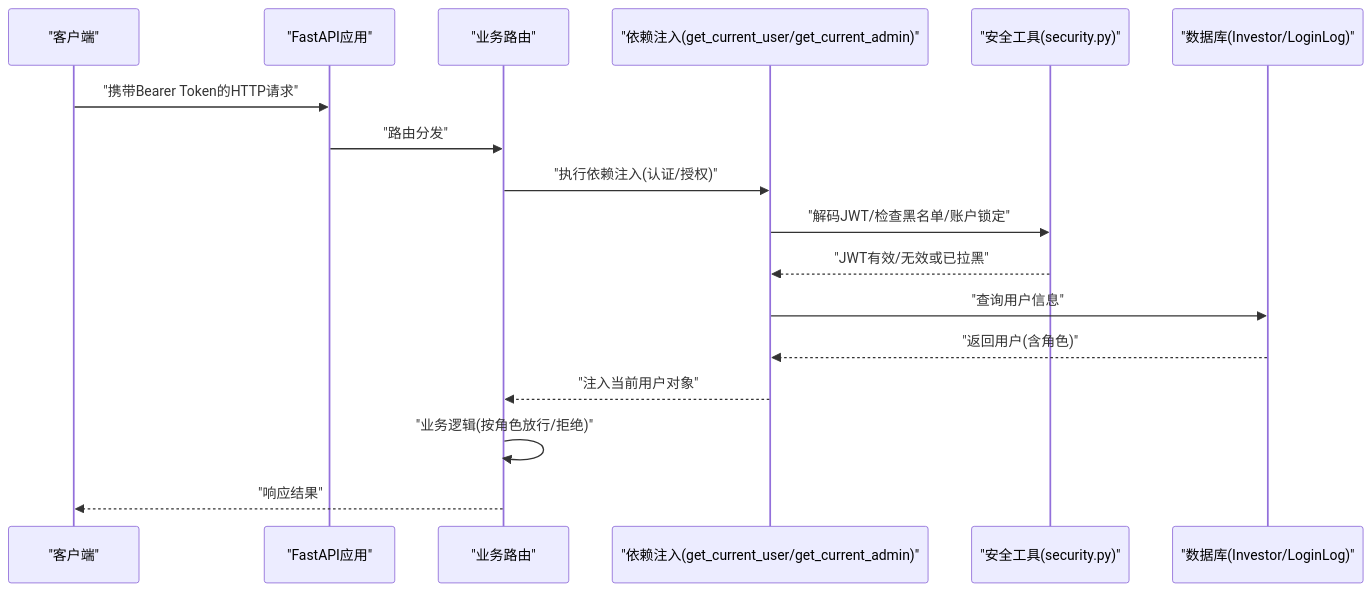
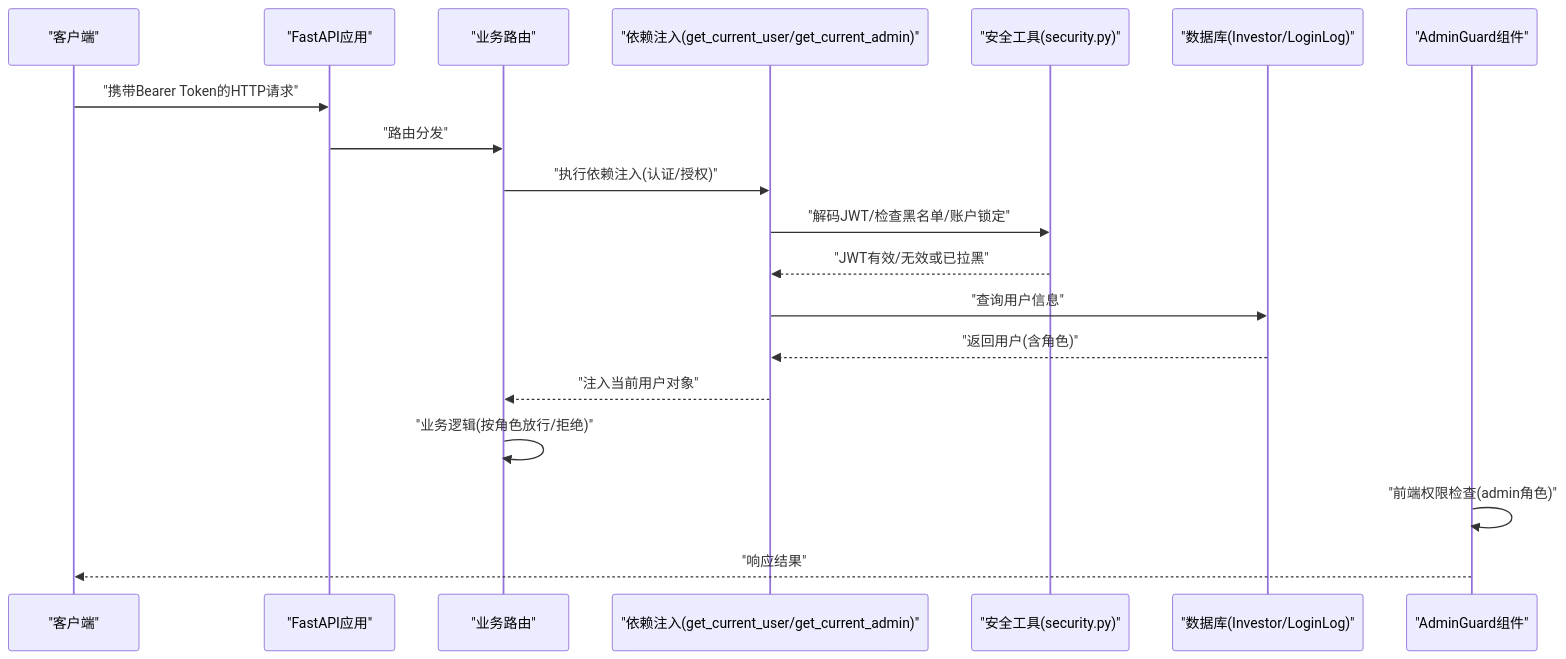
The second of 7 diagrams in .qoder/repowiki/zh/content/认证与安全/权限控制系统.md (gujialind/InvestRing), drawn with Mermaid before and after one commit. The commit also changed other lines of this file and 32 other files, not shown here.

````diff
--- a/.qoder/repowiki/zh/content/认证与安全/权限控制系统.md
+++ b/.qoder/repowiki/zh/content/认证与安全/权限控制系统.md
@@ -117,19 +149,21 @@
 ```mermaid
 sequenceDiagram
 participant C as "客户端"
 participant A as "FastAPI应用"
 participant R as "业务路由"
 participant D as "依赖注入(get_current_user/get_current_admin)"
 participant S as "安全工具(security.py)"
 participant M as "数据库(Investor/LoginLog)"
+participant F as "AdminGuard组件"
 C->>A : "携带Bearer Token的HTTP请求"
 A->>R : "路由分发"
 R->>D : "执行依赖注入(认证/授权)"
 D->>S : "解码JWT/检查黑名单/账户锁定"
 S-->>D : "JWT有效/无效或已拉黑"
 D->>M : "查询用户信息"
 M-->>D : "返回用户(含角色)"
 D-->>R : "注入当前用户对象"
 R->>R : "业务逻辑(按角色放行/拒绝)"
-R-->>C : "响应结果"
+F->>F : "前端权限检查(admin角色)"
+F-->>C : "响应结果"
 ```
````
